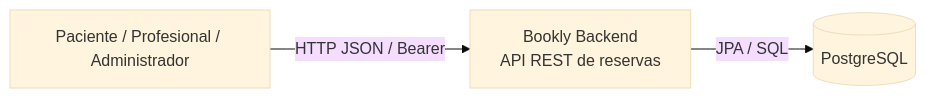
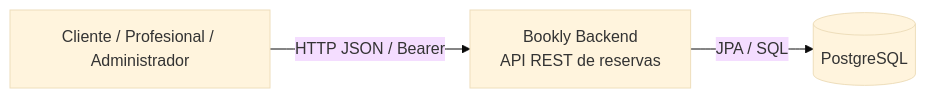
One commit to Code-Factory-Bookly/backendcf changed the first of 5 diagrams in README_ARQUITECTURA.md. Above: the diagram before and after it, drawn with Mermaid (base theme). The commit also changed other lines of this file and 26 other files, not shown here.

````diff
--- a/README_ARQUITECTURA.md
+++ b/README_ARQUITECTURA.md
@@ -22,8 +22,8 @@
 ```mermaid
 flowchart LR
-    Usuario[Paciente / Profesional / Administrador]
+    Usuario[Cliente / Profesional / Administrador]
     Sistema[Bookly Backend<br/>API REST de reservas]
     DB[(PostgreSQL)]
     Usuario -->|HTTP JSON / Bearer| Sistema
     Sistema -->|JPA / SQL| DB
 ```
````
